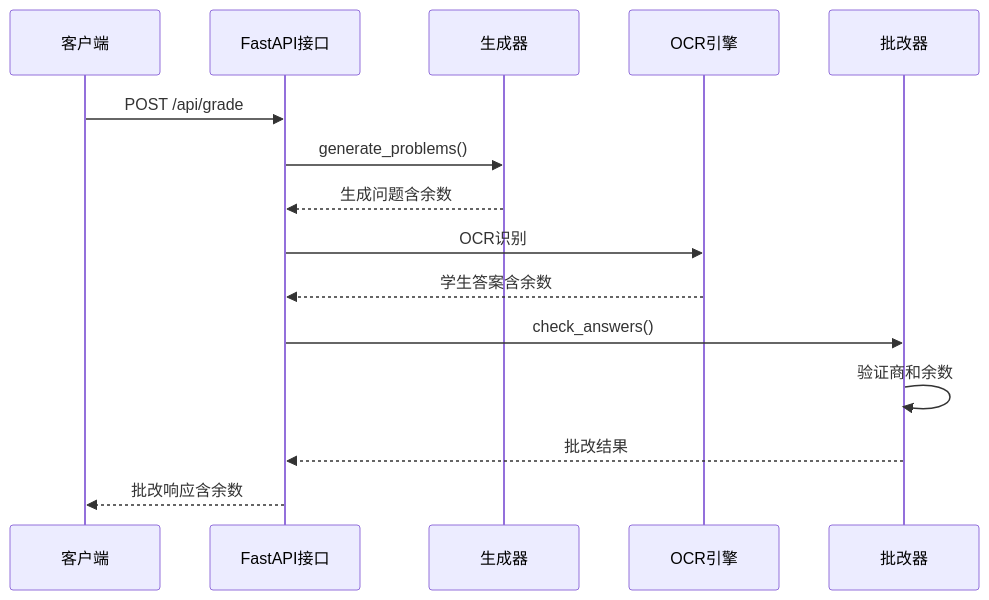
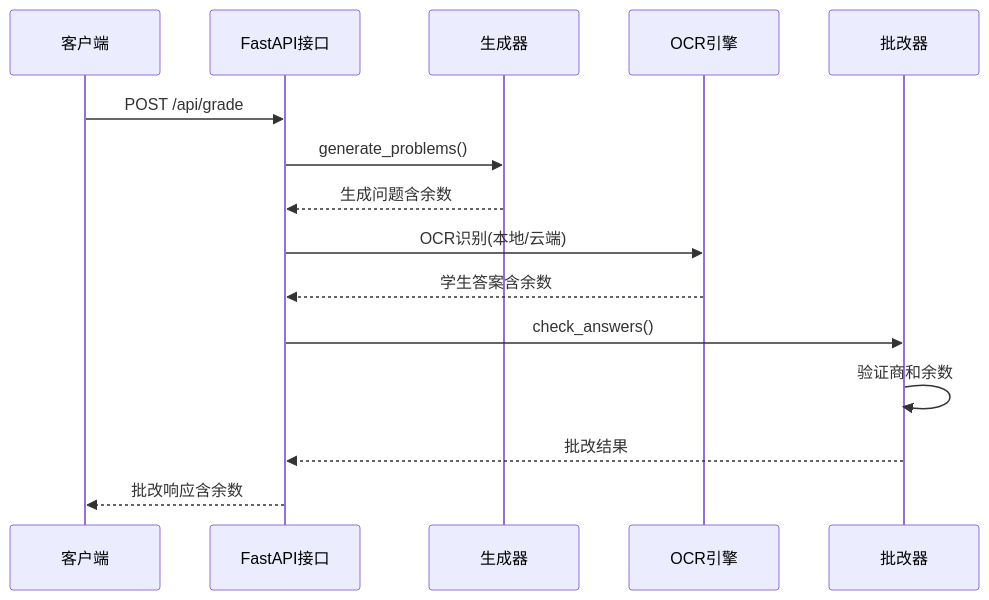
Before and after one commit to SimonWHL/math-learning: the fifth of 17 diagrams in .qoder/repowiki/zh/content/项目结构/Web API接口.md, drawn with Mermaid. The commit also changed other lines of this file and 4 other files, not shown here.

````diff
--- a/.qoder/repowiki/zh/content/项目结构/Web API接口.md
+++ b/.qoder/repowiki/zh/content/项目结构/Web API接口.md
@@ -240,17 +274,17 @@
 ```mermaid
 sequenceDiagram
 participant Client as 客户端
 participant API as FastAPI接口
 participant Gen as 生成器
 participant OCR as OCR引擎
 participant Checker as 批改器
 Client->>API : POST /api/grade
 API->>Gen : generate_problems()
 Gen-->>API : 生成问题含余数
-API->>OCR : OCR识别
+API->>OCR : OCR识别(本地/云端)
 OCR-->>API : 学生答案含余数
 API->>Checker : check_answers()
 Checker->>Checker : 验证商和余数
 Checker-->>API : 批改结果
 API-->>Client : 批改响应含余数
 ```
````
